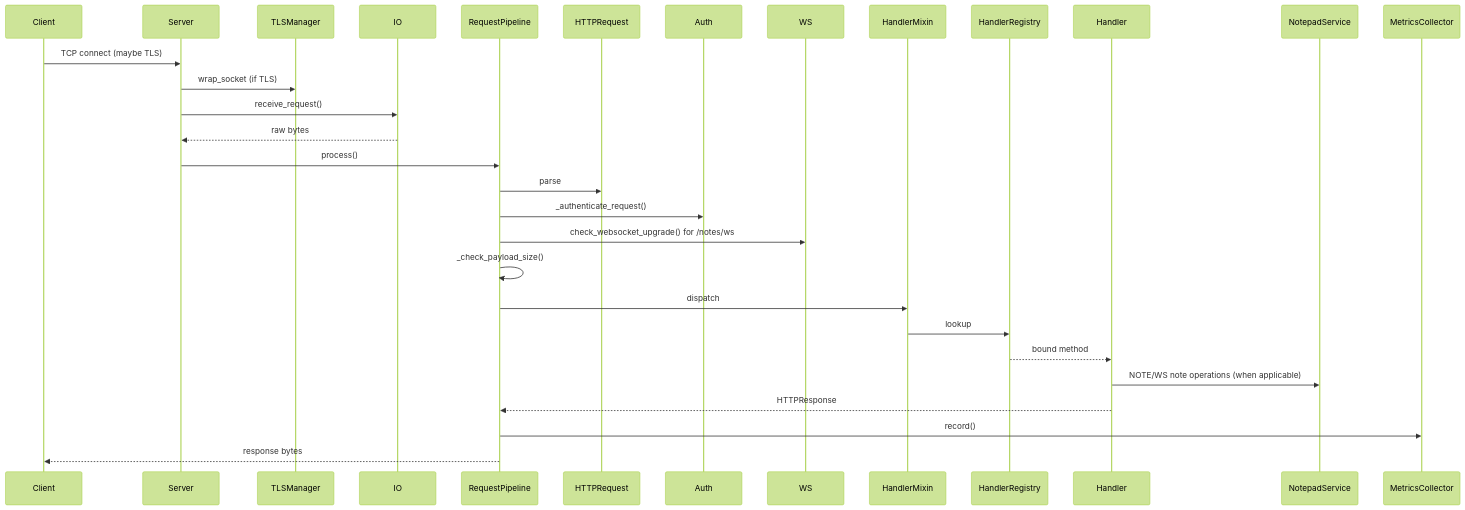
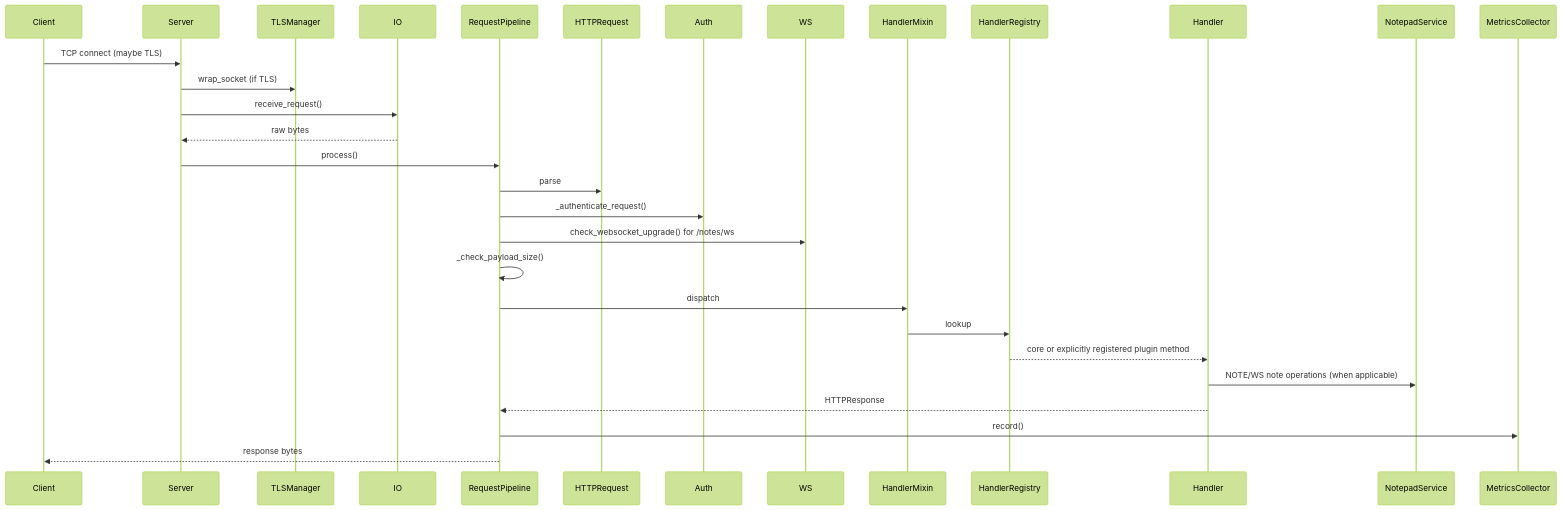
Before and after one commit to gkumurzhi/ExperimentalServer: the diagram in docs/architecture.md, drawn with Mermaid (forest theme). The commit also changed other lines of this file and 25 other files, not shown here.

````diff
--- a/docs/architecture.md
+++ b/docs/architecture.md
@@ -46,19 +48,19 @@
 ```mermaid
 sequenceDiagram
     Client->>Server: TCP connect (maybe TLS)
     Server->>TLSManager: wrap_socket (if TLS)
     Server->>IO: receive_request()
     IO-->>Server: raw bytes
     Server->>RequestPipeline: process()
     RequestPipeline->>HTTPRequest: parse
     RequestPipeline->>Auth: _authenticate_request()
     RequestPipeline->>WS: check_websocket_upgrade() for /notes/ws
     RequestPipeline->>RequestPipeline: _check_payload_size()
     RequestPipeline->>HandlerMixin: dispatch
     HandlerMixin->>HandlerRegistry: lookup
-    HandlerRegistry-->>Handler: bound method
+    HandlerRegistry-->>Handler: core or explicitly registered plugin method
     Handler->>NotepadService: NOTE/WS note operations (when applicable)
     Handler-->>RequestPipeline: HTTPResponse
     RequestPipeline->>MetricsCollector: record()
     RequestPipeline-->>Client: response bytes
 ```
````
